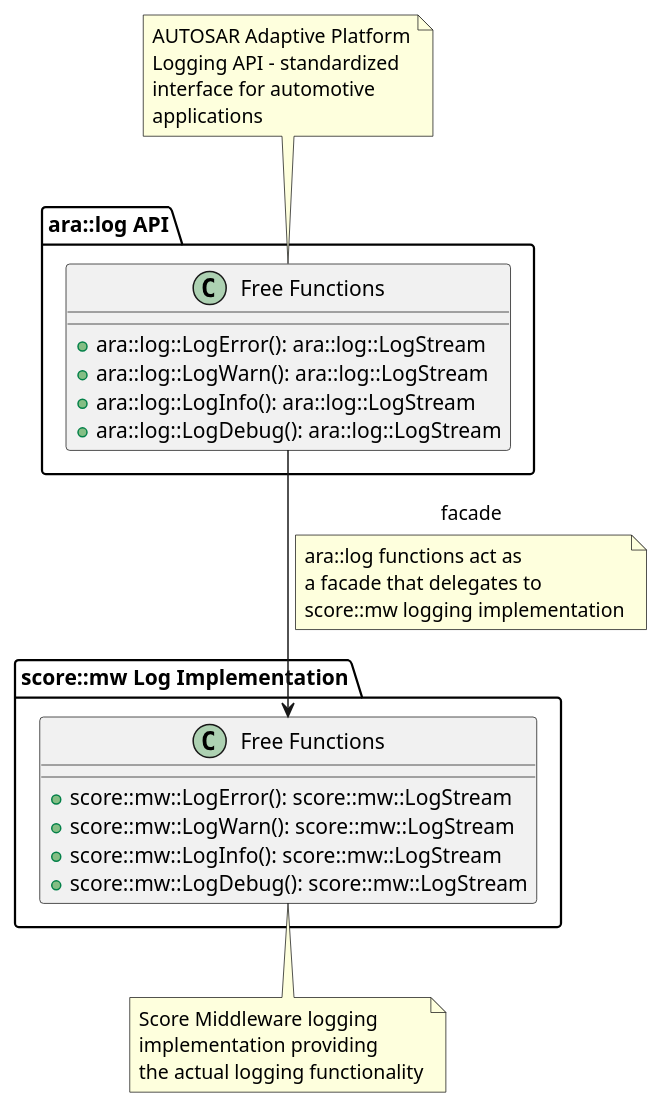
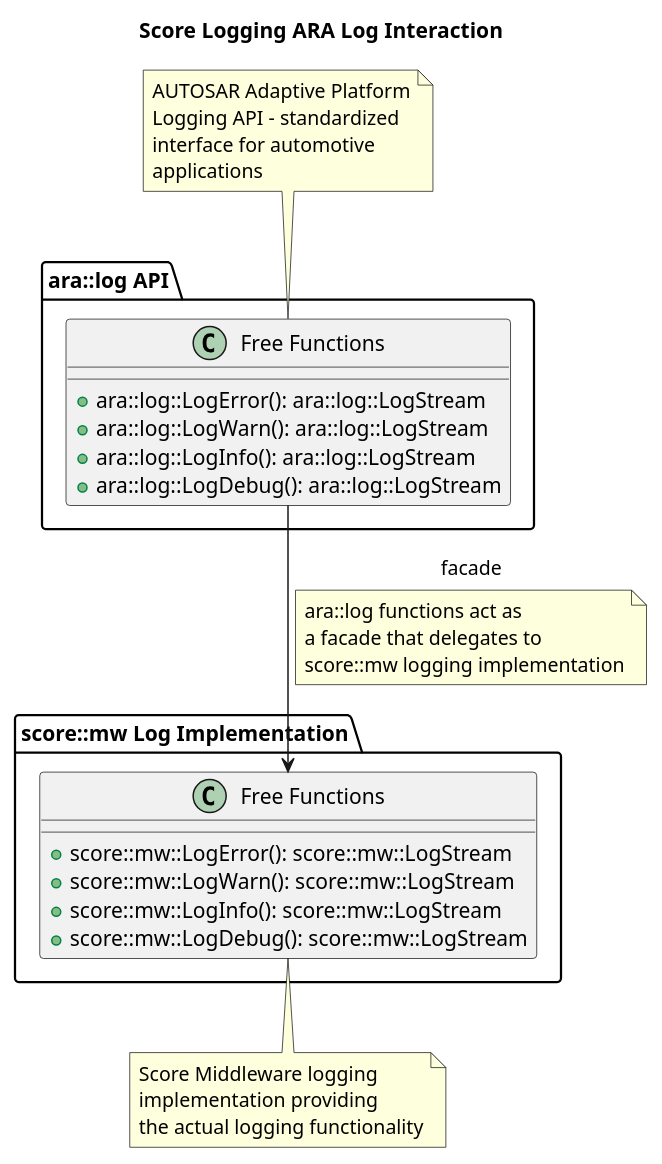
One commit to eclipse-score/inc_mw_log changed the diagram in design/verbose_logging_ara_log_interaction.puml. Above: the diagram before and after it, drawn with PlantUML. The commit also changed 3 other files, not shown here.

```diff
--- a/design/verbose_logging_ara_log_interaction.puml
+++ b/design/verbose_logging_ara_log_interaction.puml
@@ -1,42 +1,43 @@
 @startuml verbose_logging_ara_log_interaction
+title "Score Logging ARA Log Interaction"
 
 package "ara::log API" {
   class "Free Functions" as AraLogFunctions {
     + ara::log::LogError(): ara::log::LogStream
     + ara::log::LogWarn(): ara::log::LogStream
     + ara::log::LogInfo(): ara::log::LogStream
     + ara::log::LogDebug(): ara::log::LogStream
   }
 }
 
 package "score::mw Log Implementation" {
   class "Free Functions" as ScoreMwLogFunctions {
     + score::mw::LogError(): score::mw::LogStream
     + score::mw::LogWarn(): score::mw::LogStream
     + score::mw::LogInfo(): score::mw::LogStream
     + score::mw::LogDebug(): score::mw::LogStream
   }
 }
 
 AraLogFunctions --> ScoreMwLogFunctions : facade
 
 note top of AraLogFunctions
   AUTOSAR Adaptive Platform
   Logging API - standardized
   interface for automotive
   applications
 end note
 
 note bottom of ScoreMwLogFunctions
   Score Middleware logging
   implementation providing
   the actual logging functionality
 end note
 
 note on link
   ara::log functions act as
   a facade that delegates to
   score::mw logging implementation
 end note
 
 @enduml
```
